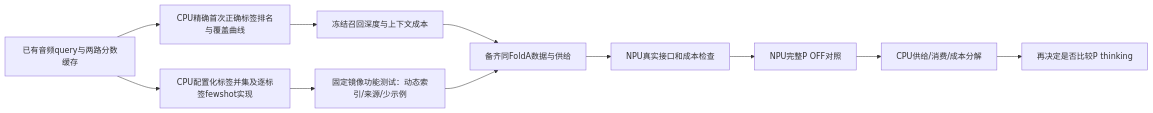
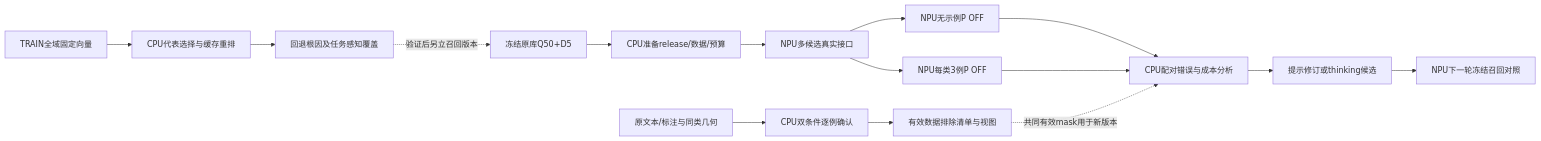
One commit to chaosxingxc-orion/omni changed the diagram in wiki/TFRL-Execution-DAG.md. Above: the diagram before and after it, drawn with Mermaid. The commit also changed other lines of this file and 8 other files, not shown here.

````diff
--- a/wiki/TFRL-Execution-DAG.md
+++ b/wiki/TFRL-Execution-DAG.md
@@ -5,13 +5,17 @@
 ```mermaid
 flowchart LR
- A[已有音频query与两路分数缓存] --> B[CPU精确首次正确标签排名与覆盖曲线]
- B --> C[冻结召回深度与上下文成本]
- A --> D[CPU配置化标签并集及逐标签fewshot实现]
- D --> E[固定镜像功能测试：动态索引/来源/少示例]
- C --> F[备齐同FoldA数据与供给]
- E --> F
- F --> G[NPU真实接口和成本检查]
- G --> H[NPU完整P OFF对照]
- H --> I[CPU供给/消费/成本分解]
- I --> J[再决定是否比较P thinking]
+ A[原文本/标注与同类几何] --> B[CPU双条件逐例确认]
+ B --> C[有效数据排除清单与视图]
+ D[TRAIN全域固定向量] --> E[CPU代表选择与缓存重排]
+ E --> F[回退根因及任务感知覆盖]
+ G[冻结原库Q50+D5] --> H[CPU准备release/数据/预算]
+ H --> I[NPU多候选真实接口]
+ I --> J[NPU无示例P OFF]
+ I --> K[NPU每类3例P OFF]
+ J --> L[CPU配对错误与成本分析]
+ K --> L
+ L --> M[提示修订或thinking候选]
+ M --> N[NPU下一轮冻结召回对照]
+ C -.共同有效mask用于新版本.-> L
+ F -.验证后另立召回版本.-> G
 ```
````
